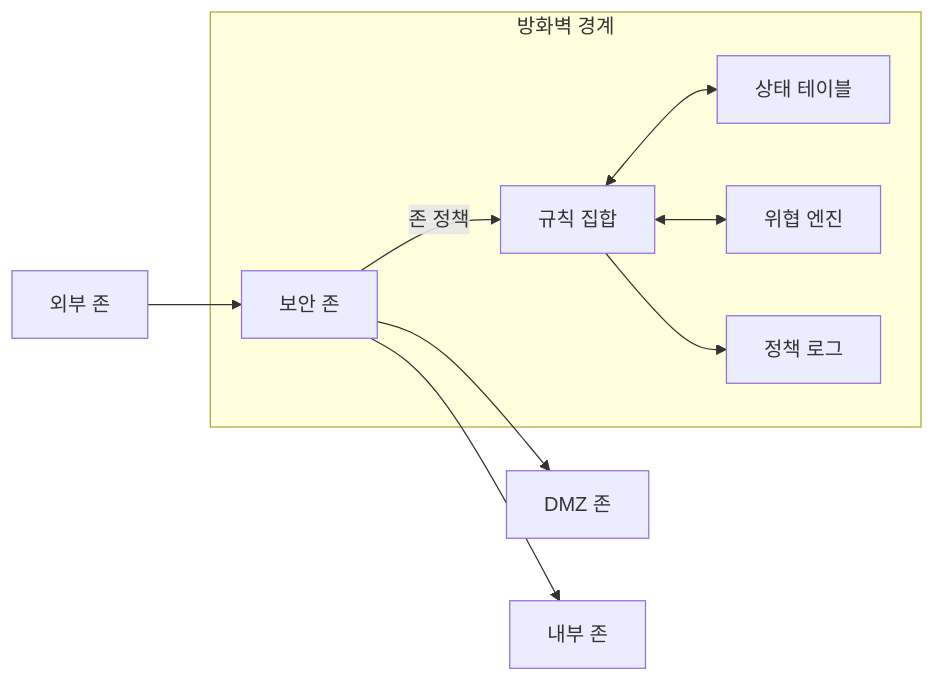
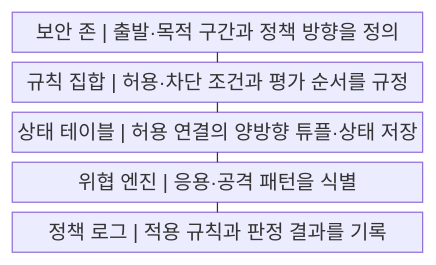
One commit to agnusdei1207/knowledge-base changed the first of 2 diagrams in src/content/docs/notes/04-network/020_firewall_types.md. Above: the diagram before and after it, drawn with Mermaid. The commit also changed other lines of this file and 20 other files, not shown here.

````diff
--- a/src/content/docs/notes/04-network/020_firewall_types.md
+++ b/src/content/docs/notes/04-network/020_firewall_types.md
@@ -58,20 +59,13 @@
 ```mermaid
-flowchart LR
-    O["외부 존"]
-    D["DMZ 존"]
-    I["내부 존"]
-    subgraph F["방화벽 경계"]
-        Z["보안 존"]
-        R["규칙 집합"]
-        S["상태 테이블"]
-        T["위협 엔진"]
-        L["정책 로그"]
-        Z -->|존 정책| R
-        R <--> S
-        R <--> T
-        R --> L
-    end
-    O --> Z
-    Z --> D
-    Z --> I
+block
+    columns 1
+    A["보안 존 | 출발·목적 구간과 정책 방향을 정의"]
+    B["규칙 집합 | 허용·차단 조건과 평가 순서를 규정"]
+    C["상태 테이블 | 허용 연결의 양방향 튜플·상태 저장"]
+    D["위협 엔진 | 응용·공격 패턴을 식별"]
+    E["정책 로그 | 적용 규칙과 판정 결과를 기록"]
+    A --- B
+    B --- C
+    C --- D
+    D --- E
 ```
````
